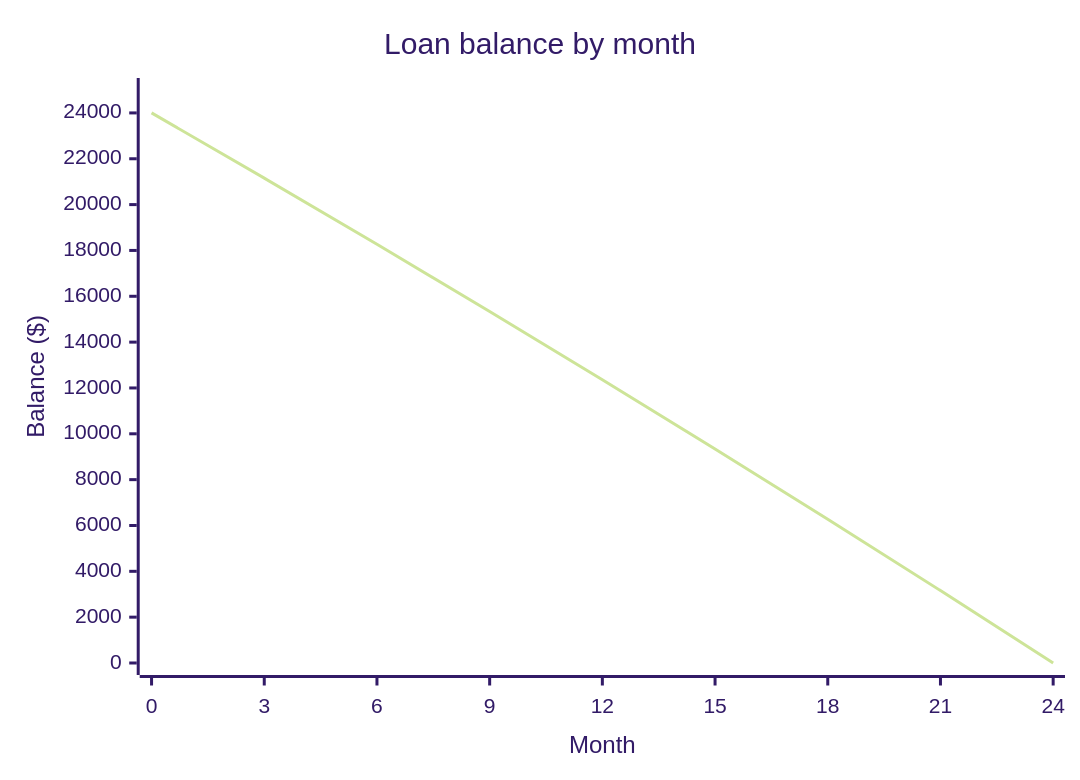
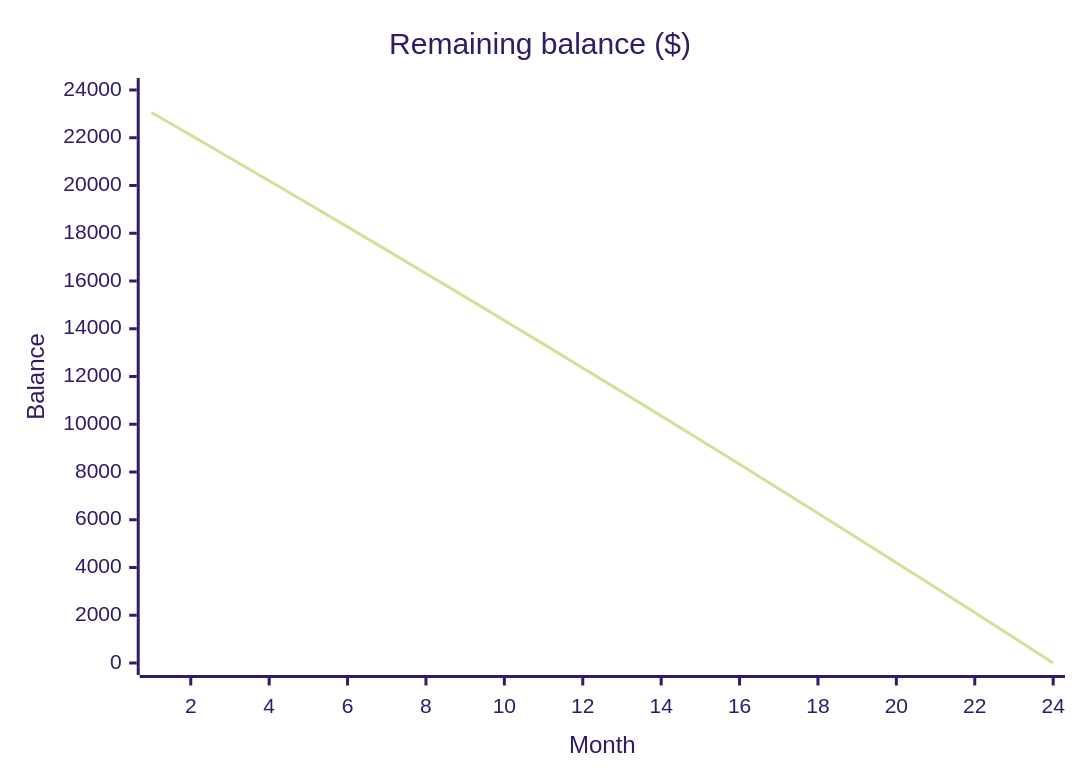
Before and after one commit to vrevolverrr/vicher: the diagram in eval/figure/generated/haiku/a-amortization.md, drawn with Mermaid (forest theme). The commit also changed other lines of this file and 105 other files, not shown here.

Commit message:
test(eval): regenerate the figure replies under the final prompt

````diff
--- a/eval/figure/generated/haiku/a-amortization.md
+++ b/eval/figure/generated/haiku/a-amortization.md
@@ -34,7 +32,7 @@
 ```mermaid
 xychart-beta
-    title "Loan balance by month"
-    x-axis "Month" [0, 3, 6, 9, 12, 15, 18, 21, 24]
-    y-axis "Balance ($)" 0 --> 25000
-    line [24000, 21155, 18267, 15335, 12359, 9338, 6272, 3160, 0]
+    title "Remaining balance ($)"
+    x-axis "Month" 1 --> 24
+    y-axis "Balance" 0 --> 24000
+    line [23056, 22108, 21155, 20197, 19234, 18267, 17294, 16317, 15335, 14348, 13356, 12359, 11357, 10350, 9338, 8321, 7299, 6272, 5240, 4202, 3159, 2111, 1058, 0]
 ```
````
